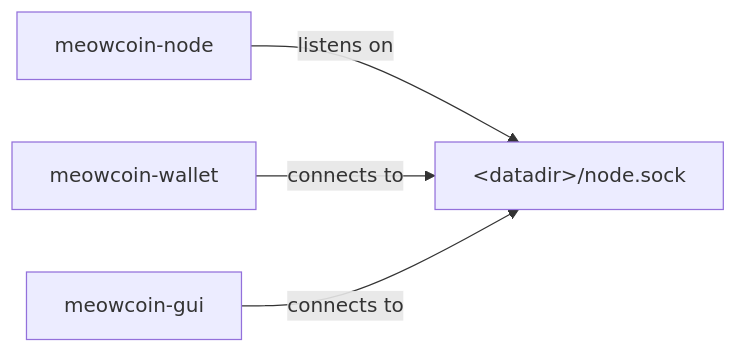
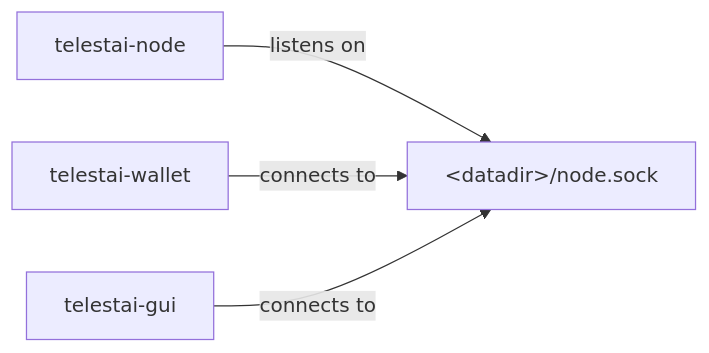
The first of 3 diagrams in doc/design/multiprocess.md (Telestai-Project/telestai), drawn with Mermaid before and after one commit. The commit also changed other lines of this file and 2304 other files, not shown here.

````diff
--- a/doc/design/multiprocess.md
+++ b/doc/design/multiprocess.md
@@ -29,6 +29,6 @@
 ```mermaid
 flowchart LR
-    node[meowcoin-node] -- listens on --> socket["&lt;datadir&gt;/node.sock"]
-    wallet[meowcoin-wallet] -- connects to --> socket
-    gui[meowcoin-gui] -- connects to --> socket
+    node[telestai-node] -- listens on --> socket["&lt;datadir&gt;/node.sock"]
+    wallet[telestai-wallet] -- connects to --> socket
+    gui[telestai-gui] -- connects to --> socket
 ```
````
